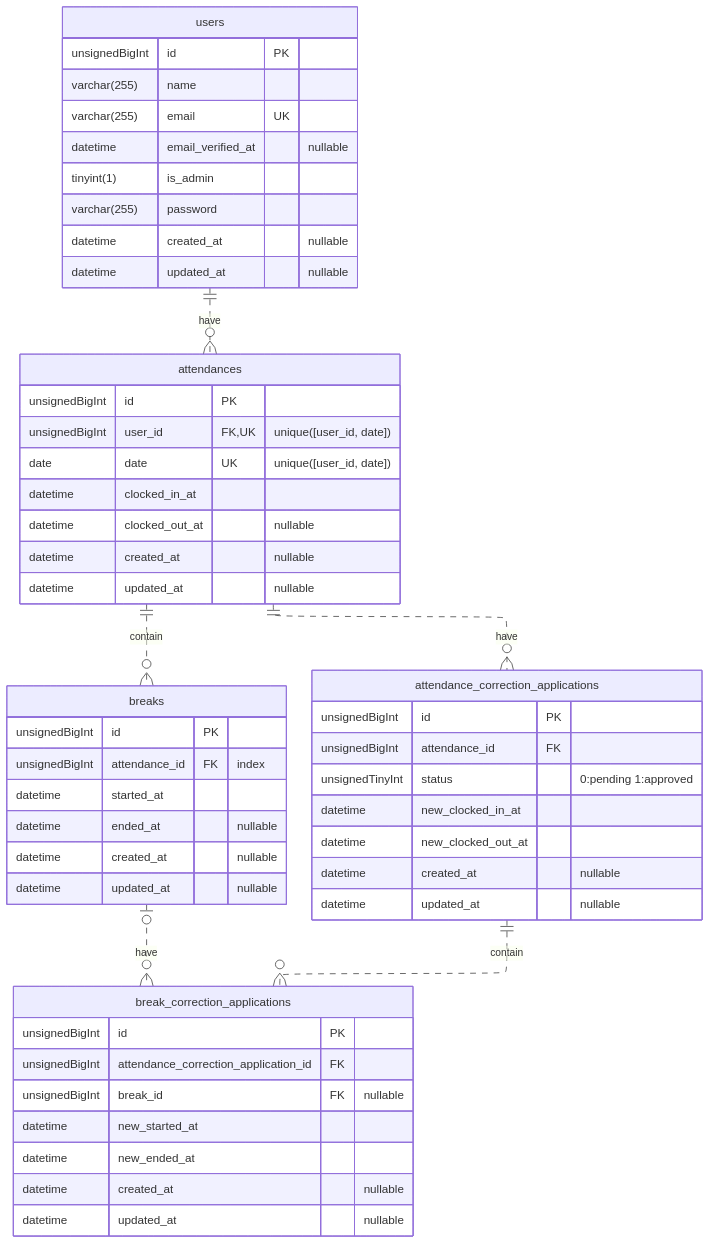
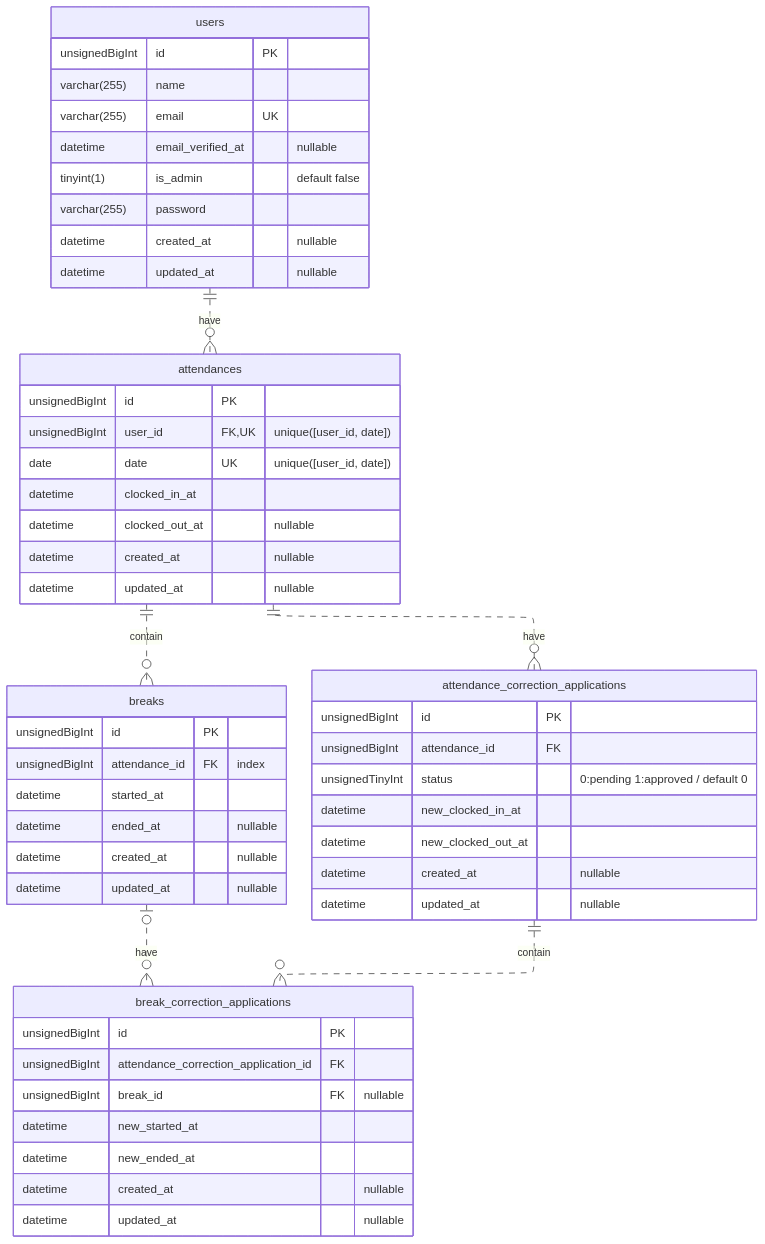
The diagram in README.md (sangwon-lee302/time-and-attendance), drawn with Mermaid before and after one commit. The commit also changed 2 other files, not shown here.

Commit message:
feat: implement attendance correction applications table migration file #3
- Implement attendance correction applications table migration file.

````diff
--- a/README.md
+++ b/README.md
@@ -17,62 +17,62 @@
 ```mermaid
 ---
 config:
     layout: elk
 ---
 erDiagram
     users ||..o{ attendances: "have"
     attendances ||..o{ breaks: "contain"
     attendances ||..o{ attnd-corrections: "have"
     attnd-corrections ||..o{ break-corrections: "contain"
     breaks |o..o{ break-corrections: "have"
 
     users {
         unsignedBigInt id PK
         varchar(255) name
         varchar(255) email UK
         datetime email_verified_at "nullable"
-        tinyint(1) is_admin
+        tinyint(1) is_admin "default false"
         varchar(255) password
         datetime created_at "nullable"
         datetime updated_at "nullable"
     }
 
     attendances {
         unsignedBigInt id PK
         unsignedBigInt user_id FK, UK "unique([user_id, date])"
         date date UK "unique([user_id, date])"
         datetime clocked_in_at
         datetime clocked_out_at "nullable"
         datetime created_at "nullable"
         datetime updated_at "nullable"
     }
 
     breaks {
         unsignedBigInt id PK
         unsignedBigInt attendance_id FK "index"
         datetime started_at
         datetime ended_at "nullable"
         datetime created_at "nullable"
         datetime updated_at "nullable"
     }
 
     attnd-corrections["attendance_correction_applications"] {
         unsignedBigInt id PK
         unsignedBigInt attendance_id FK
-        unsignedTinyInt status "0:pending 1:approved"
+        unsignedTinyInt status "0:pending 1:approved / default 0"
         datetime new_clocked_in_at
         datetime new_clocked_out_at
         datetime created_at "nullable"
         datetime updated_at "nullable"
     }
 
     break-corrections["break_correction_applications"] {
         unsignedBigInt id PK
         unsignedBigInt attendance_correction_application_id FK
         unsignedBigInt break_id FK "nullable"
         datetime new_started_at
         datetime new_ended_at
         datetime created_at "nullable"
         datetime updated_at "nullable"
     }
 ```
````
